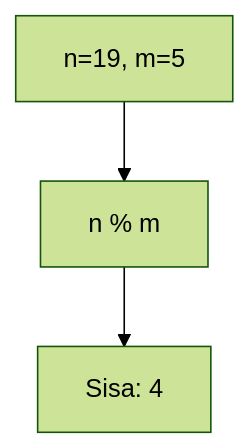
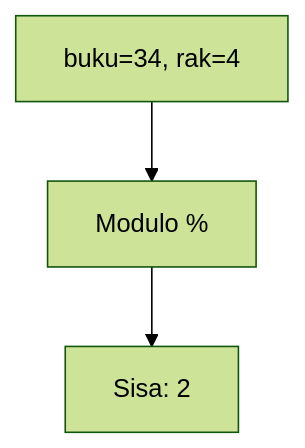
Before and after one commit to amnahwaida/OSNK_INF_PREP: diagram 13 of 25 in part-c-pemahaman-cpp/01-tipe-data/latihan/set-10.md, drawn with Mermaid (forest theme). The commit also changed other lines of this file and 71 other files, not shown here.

````diff
--- a/part-c-pemahaman-cpp/01-tipe-data/latihan/set-10.md
+++ b/part-c-pemahaman-cpp/01-tipe-data/latihan/set-10.md
@@ -405,5 +363,5 @@
 ```mermaid
 graph TD
-A["n=19, m=5"] --> B["n % m"]
-B --> C["Sisa: 4"]
+A["buku=34, rak=4"] --> B["Modulo %"]
+B --> C["Sisa: 2"]
 ```
````
